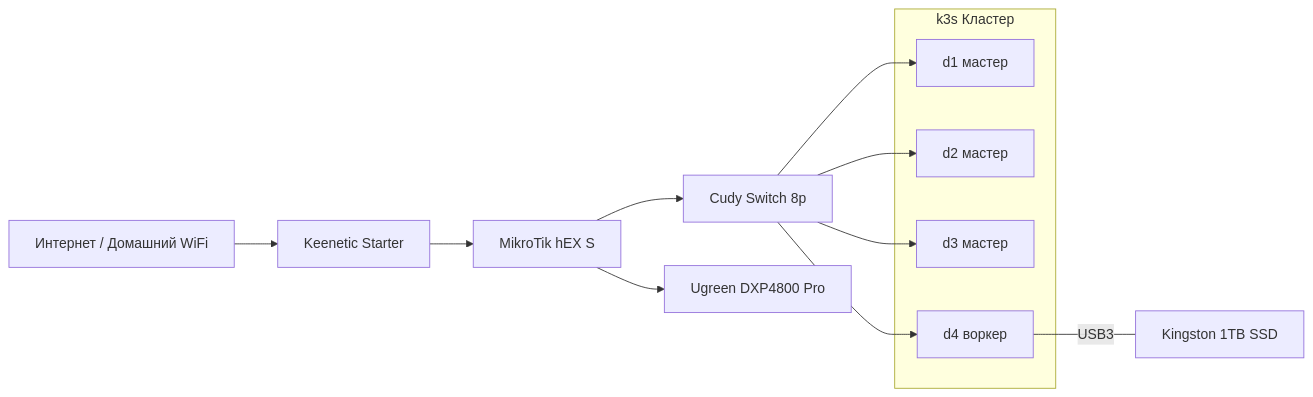
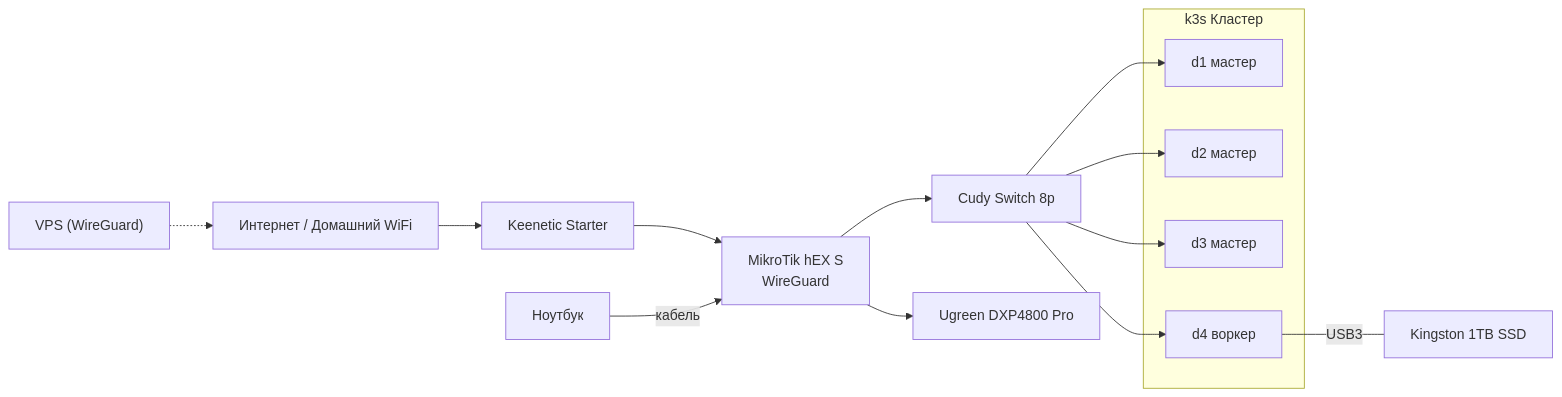
The diagram in docs/ru/v1/README.md (PearlFoe/homelab), drawn with Mermaid before and after one commit. The commit also changed other lines of this file and 5 other files, not shown here.

````diff
--- a/docs/ru/v1/README.md
+++ b/docs/ru/v1/README.md
@@ -17,18 +17,20 @@
 ```mermaid
 graph LR
-    Internet["Интернет / Домашний WiFi"] --> Keenetic["Keenetic Starter"]
-    Keenetic --> MikroTik["MikroTik hEX S"]
+    VPS["VPS (WireGuard)"] -.-> Internet["Интернет / Домашний WiFi"]
+    Internet --> Keenetic["Keenetic Starter"]
+    Keenetic --> MikroTik["MikroTik hEX S\nWireGuard"]
+    Laptop["Ноутбук"] -->|кабель| MikroTik
     MikroTik --> Switch["Cudy Switch 8p"]
     MikroTik --> NAS["Ugreen DXP4800 Pro"]
     Switch --> D1["d1 мастер"]
     Switch --> D2["d2 мастер"]
     Switch --> D3["d3 мастер"]
     Switch --> D4["d4 воркер"]
     D4 ---|USB3| SSD["Kingston 1TB SSD"]
     subgraph k3sCluster ["k3s Кластер"]
         D1
         D2
         D3
         D4
     end
 ```
````
